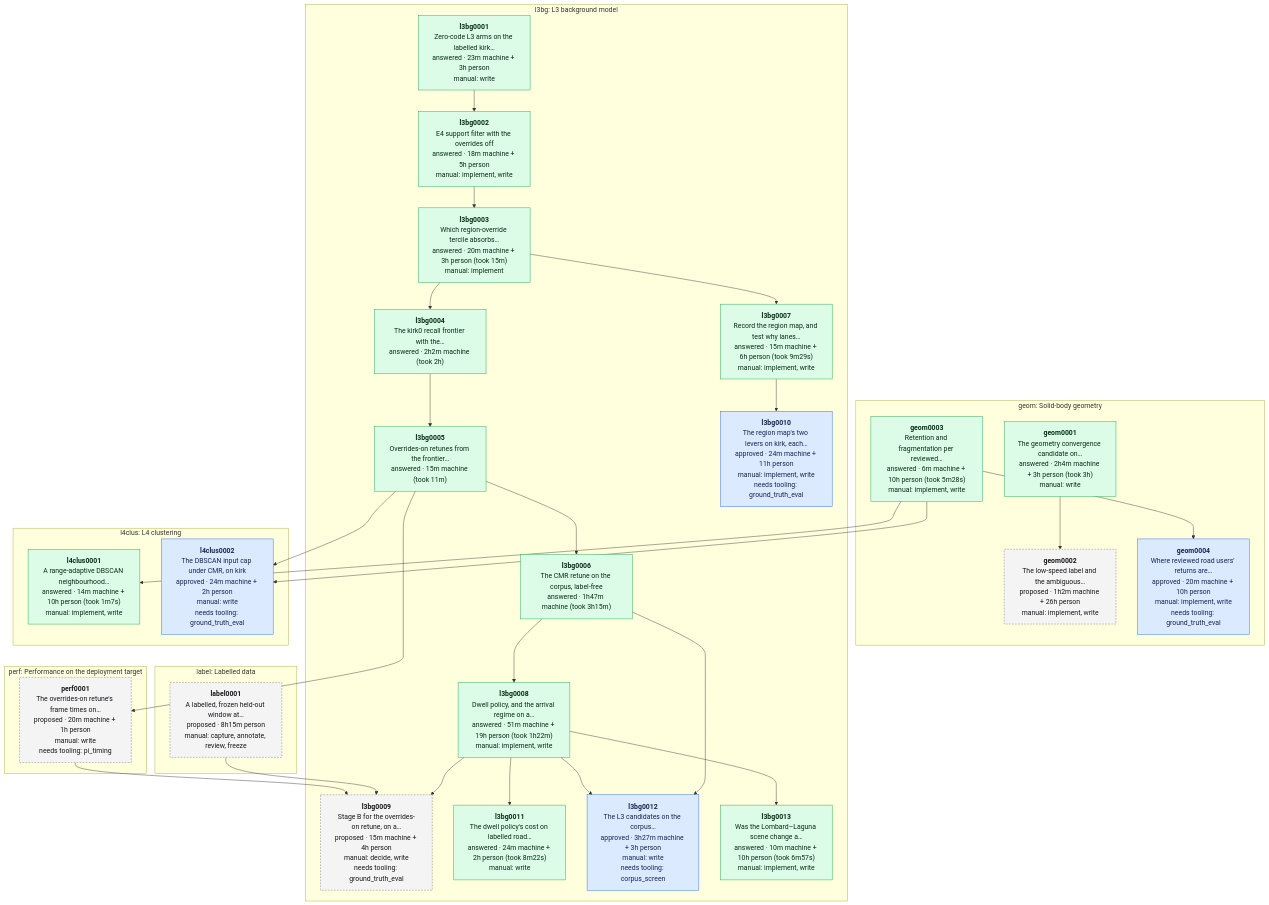
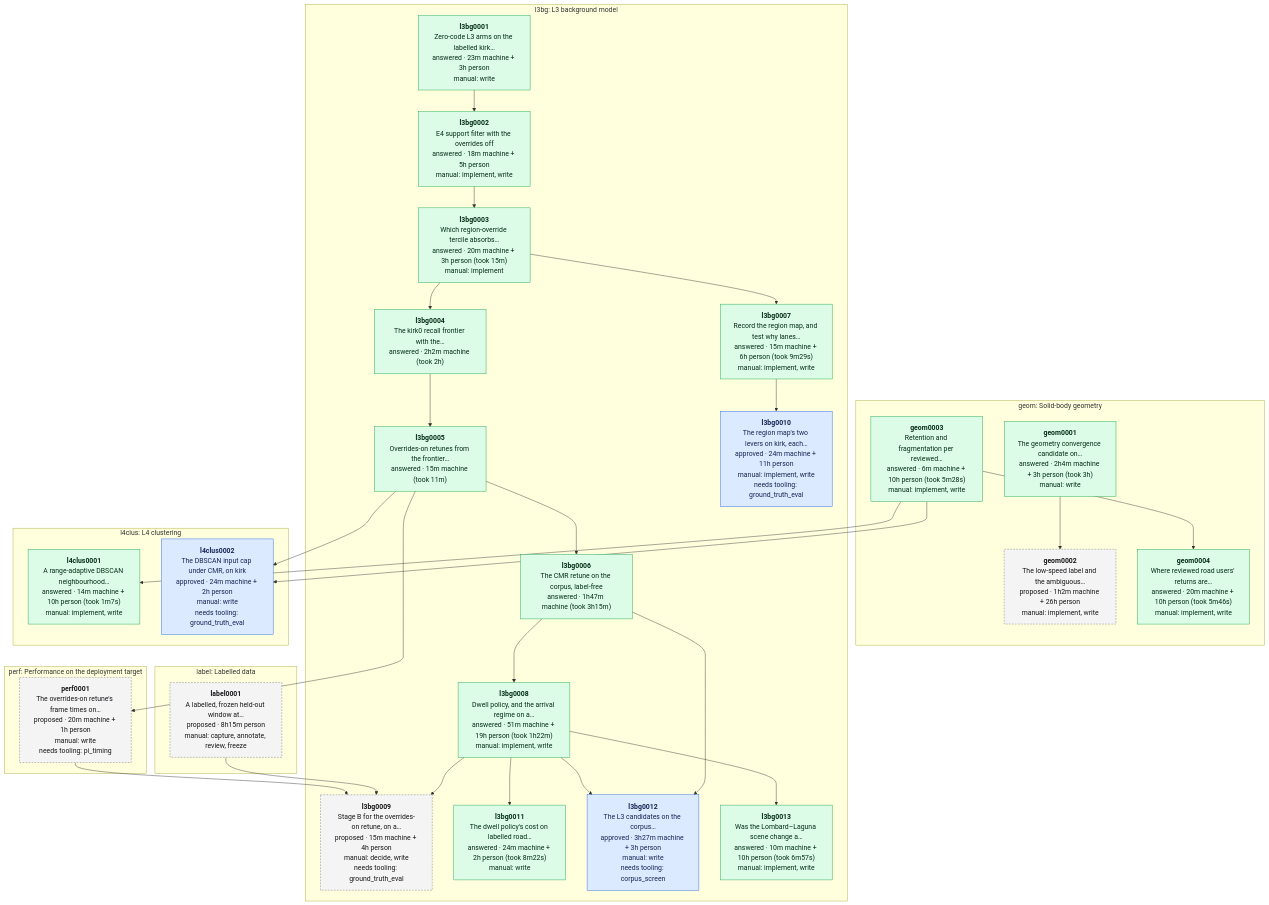
The diagram in data/experiments/DEPENDENCIES.md (banshee-data/velocity.report), drawn with Mermaid before and after one commit. The commit also changed other lines of this file and 5 other files, not shown here.

Commit message:
[ai][docs] geom0004 answered; the W3 and range-adaptive eps reports and LIDAR.md link the return fate

````diff
--- a/data/experiments/DEPENDENCIES.md
+++ b/data/experiments/DEPENDENCIES.md
@@ -7,59 +7,59 @@
 ```mermaid
 flowchart TB
   classDef proposed fill:#f4f4f5,stroke:#71717a,stroke-dasharray:4 3,color:#18181b
   classDef approved fill:#dbeafe,stroke:#2563eb,color:#172554
   classDef answered fill:#dcfce7,stroke:#16a34a,color:#052e16
   classDef retired fill:#fafafa,stroke:#d4d4d8,color:#71717a
   subgraph area_geom ["geom: Solid-body geometry"]
     geom0001["<b>geom0001</b><br/>The geometry convergence candidate on…<br/>answered · 2h4m machine + 3h person (took 3h)<br/>manual: write"]:::answered
     geom0002["<b>geom0002</b><br/>The low-speed label and the ambiguous…<br/>proposed · 1h2m machine + 26h person<br/>manual: implement, write"]:::proposed
     geom0003["<b>geom0003</b><br/>Retention and fragmentation per reviewed…<br/>answered · 6m machine + 10h person (took 5m28s)<br/>manual: implement, write"]:::answered
-    geom0004["<b>geom0004</b><br/>Where reviewed road users' returns are…<br/>approved · 20m machine + 10h person<br/>manual: implement, write<br/>needs tooling: ground_truth_eval"]:::approved
+    geom0004["<b>geom0004</b><br/>Where reviewed road users' returns are…<br/>answered · 20m machine + 10h person (took 5m46s)<br/>manual: implement, write"]:::answered
   end
   subgraph area_l3bg ["l3bg: L3 background model"]
     l3bg0001["<b>l3bg0001</b><br/>Zero-code L3 arms on the labelled kirk…<br/>answered · 23m machine + 3h person<br/>manual: write"]:::answered
     l3bg0002["<b>l3bg0002</b><br/>E4 support filter with the overrides off<br/>answered · 18m machine + 5h person<br/>manual: implement, write"]:::answered
     l3bg0003["<b>l3bg0003</b><br/>Which region-override tercile absorbs…<br/>answered · 20m machine + 3h person (took 15m)<br/>manual: implement"]:::answered
     l3bg0004["<b>l3bg0004</b><br/>The kirk0 recall frontier with the…<br/>answered · 2h2m machine (took 2h)"]:::answered
     l3bg0005["<b>l3bg0005</b><br/>Overrides-on retunes from the frontier…<br/>answered · 15m machine (took 11m)"]:::answered
     l3bg0006["<b>l3bg0006</b><br/>The CMR retune on the corpus, label-free<br/>answered · 1h47m machine (took 3h15m)"]:::answered
     l3bg0007["<b>l3bg0007</b><br/>Record the region map, and test why lanes…<br/>answered · 15m machine + 6h person (took 9m29s)<br/>manual: implement, write"]:::answered
     l3bg0008["<b>l3bg0008</b><br/>Dwell policy, and the arrival regime on a…<br/>answered · 51m machine + 19h person (took 1h22m)<br/>manual: implement, write"]:::answered
     l3bg0009["<b>l3bg0009</b><br/>Stage B for the overrides-on retune, on a…<br/>proposed · 15m machine + 4h person<br/>manual: decide, write<br/>needs tooling: ground_truth_eval"]:::proposed
     l3bg0010["<b>l3bg0010</b><br/>The region map's two levers on kirk, each…<br/>approved · 24m machine + 11h person<br/>manual: implement, write<br/>needs tooling: ground_truth_eval"]:::approved
     l3bg0011["<b>l3bg0011</b><br/>The dwell policy's cost on labelled road…<br/>answered · 24m machine + 2h person (took 8m22s)<br/>manual: write"]:::answered
     l3bg0012["<b>l3bg0012</b><br/>The L3 candidates on the corpus…<br/>approved · 3h27m machine + 3h person<br/>manual: write<br/>needs tooling: corpus_screen"]:::approved
     l3bg0013["<b>l3bg0013</b><br/>Was the Lombard–Laguna scene change a…<br/>answered · 10m machine + 10h person (took 6m57s)<br/>manual: implement, write"]:::answered
   end
   subgraph area_l4clus ["l4clus: L4 clustering"]
     l4clus0001["<b>l4clus0001</b><br/>A range-adaptive DBSCAN neighbourhood…<br/>answered · 14m machine + 10h person (took 1m7s)<br/>manual: implement, write"]:::answered
     l4clus0002["<b>l4clus0002</b><br/>The DBSCAN input cap under CMR, on kirk<br/>approved · 24m machine + 2h person<br/>manual: write<br/>needs tooling: ground_truth_eval"]:::approved
   end
   subgraph area_label ["label: Labelled data"]
     label0001["<b>label0001</b><br/>A labelled, frozen held-out window at…<br/>proposed · 8h15m person<br/>manual: capture, annotate, review, freeze"]:::proposed
   end
   subgraph area_perf ["perf: Performance on the deployment target"]
     perf0001["<b>perf0001</b><br/>The overrides-on retune's frame times on…<br/>proposed · 20m machine + 1h person<br/>manual: write<br/>needs tooling: pi_timing"]:::proposed
   end
   geom0001 --> geom0002
   geom0003 --> geom0004
   l3bg0001 --> l3bg0002
   l3bg0002 --> l3bg0003
   l3bg0003 --> l3bg0004
   l3bg0004 --> l3bg0005
   l3bg0005 --> l3bg0006
   l3bg0003 --> l3bg0007
   l3bg0006 --> l3bg0008
   l3bg0008 --> l3bg0009
   label0001 --> l3bg0009
   perf0001 --> l3bg0009
   l3bg0007 --> l3bg0010
   l3bg0008 --> l3bg0011
   l3bg0006 --> l3bg0012
   l3bg0008 --> l3bg0012
   l3bg0008 --> l3bg0013
   geom0003 --> l4clus0001
   geom0003 --> l4clus0002
   l3bg0005 --> l4clus0002
   l3bg0005 --> perf0001
 ```
````
